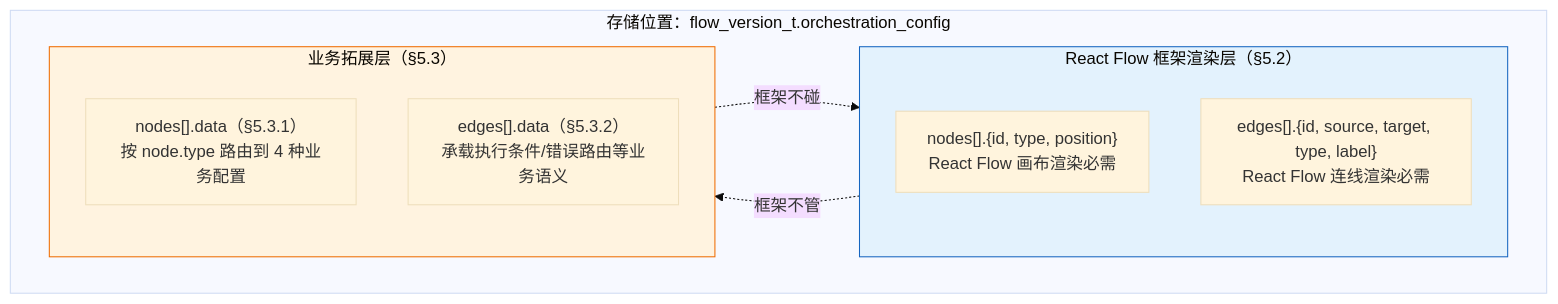
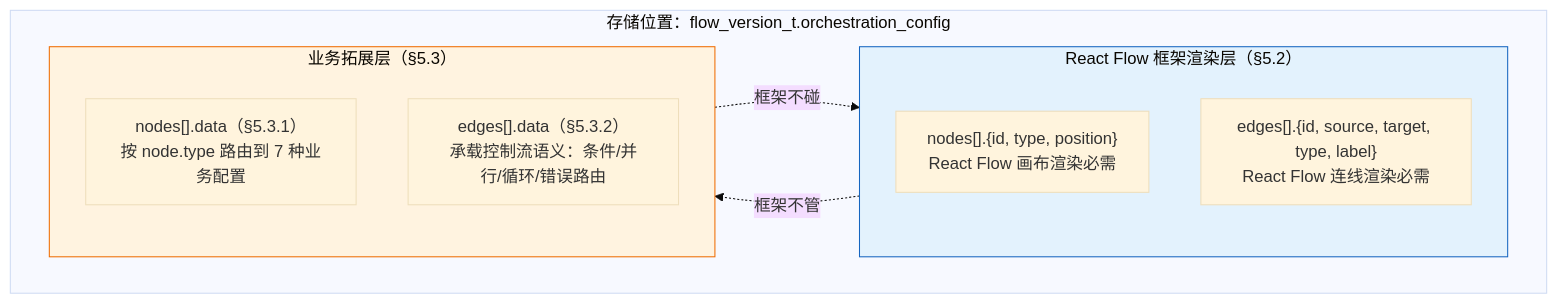
Before and after one commit to THZSummer/open-app: the second of 4 diagrams in .sddu/specs-tree-root/specs-tree-connector-platform-v2/plan-json-schema.md, drawn with Mermaid (base theme). The commit also changed other lines of this file, not shown here.

First line of the commit message:
docs(plan-json-schema): v7.0 V2全量重写

````diff
--- a/.sddu/specs-tree-root/specs-tree-connector-platform-v2/plan-json-schema.md
+++ b/.sddu/specs-tree-root/specs-tree-connector-platform-v2/plan-json-schema.md
@@ -1752,18 +1111,18 @@
 ```mermaid
 graph TB
     subgraph Storage["存储位置：flow_version_t.orchestration_config"]
         subgraph Framework["React Flow 框架渲染层（§5.2）"]
             FN["nodes[].{id, type, position}<br/>React Flow 画布渲染必需"]
             FE["edges[].{id, source, target, type, label}<br/>React Flow 连线渲染必需"]
         end
         subgraph Business["业务拓展层（§5.3）"]
-            BND["nodes[].data（§5.3.1）<br/>按 node.type 路由到 4 种业务配置"]
-            BED["edges[].data（§5.3.2）<br/>承载执行条件/错误路由等业务语义"]
+            BND["nodes[].data（§5.3.1）<br/>按 node.type 路由到 7 种业务配置"]
+            BED["edges[].data（§5.3.2）<br/>承载控制流语义：条件/并行/循环/错误路由"]
         end
     end
     Framework -.->|"框架不管"| Business
     Business -.->|"框架不碰"| Framework
 
     style Framework fill:#e3f2fd,stroke:#1565c0
     style Business fill:#fff3e0,stroke:#ef6c00
 ```
````
